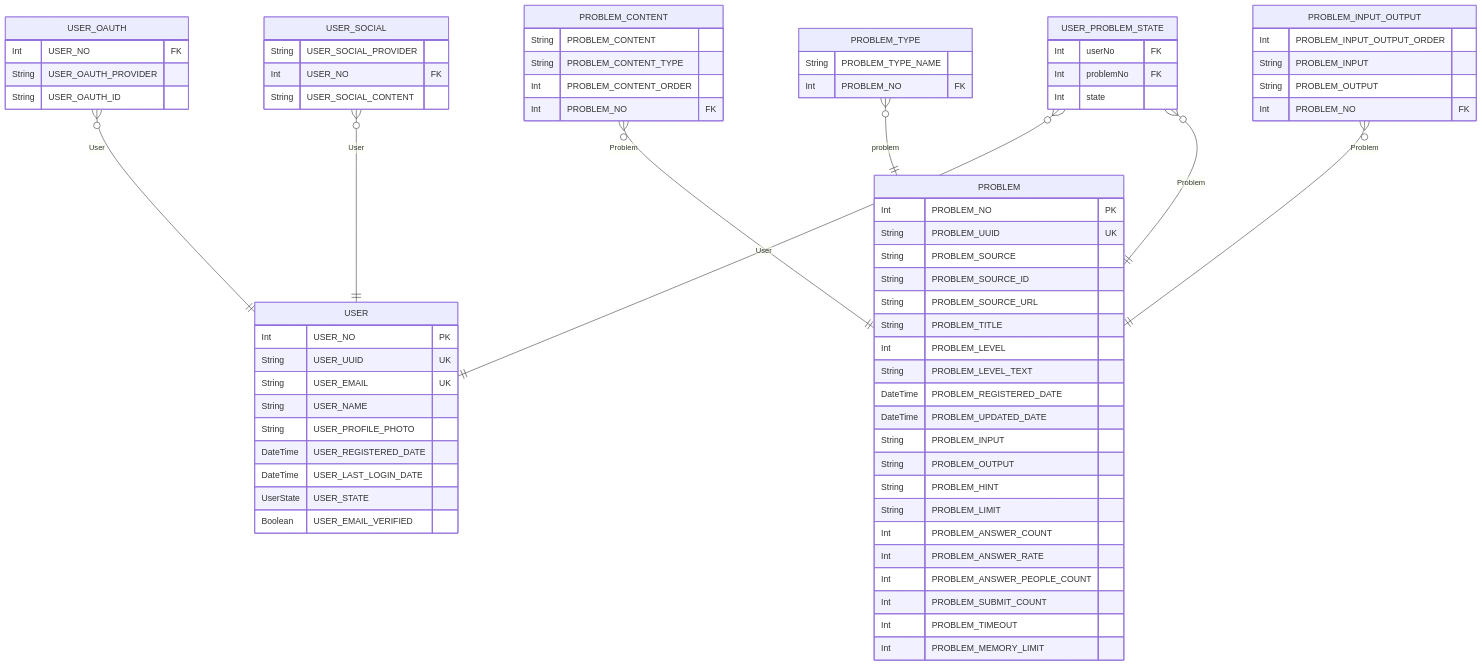
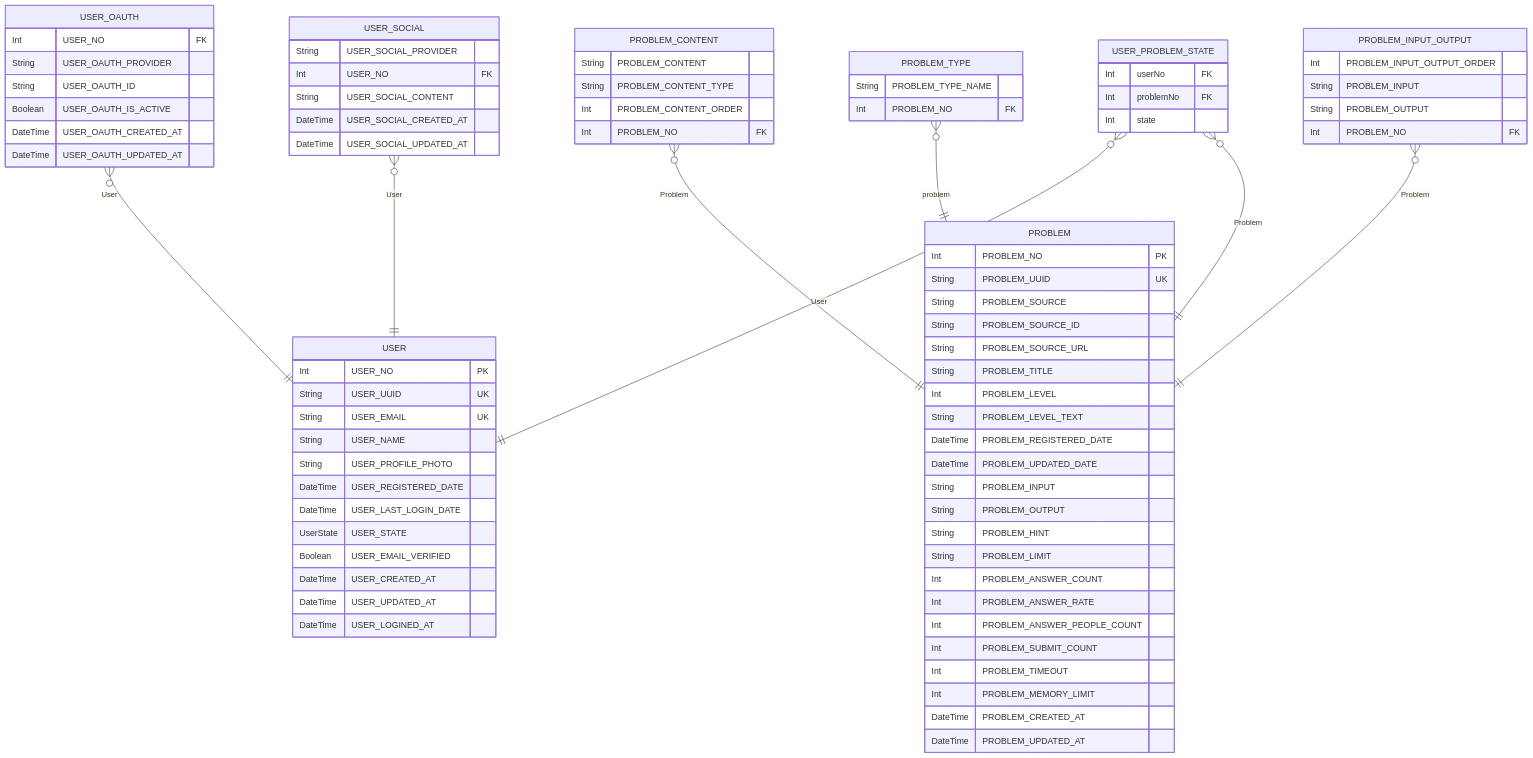
Before and after one commit to asdasfafsf/Algogo: the diagram in libs/prisma/ERD.md, drawn with Mermaid. The commit also changed other lines of this file and 10 other files, not shown here.

```diff
--- a/libs/prisma/ERD.md
+++ b/libs/prisma/ERD.md
@@ -16,16 +16,24 @@
   DateTime USER_LAST_LOGIN_DATE
   UserState USER_STATE
   Boolean USER_EMAIL_VERIFIED
+  DateTime USER_CREATED_AT
+  DateTime USER_UPDATED_AT
+  DateTime USER_LOGINED_AT
 }
 "USER_OAUTH" {
   Int USER_NO FK
   String USER_OAUTH_PROVIDER
   String USER_OAUTH_ID
+  Boolean USER_OAUTH_IS_ACTIVE
+  DateTime USER_OAUTH_CREATED_AT
+  DateTime USER_OAUTH_UPDATED_AT
 }
 "USER_SOCIAL" {
   String USER_SOCIAL_PROVIDER
   Int USER_NO FK
   String USER_SOCIAL_CONTENT
+  DateTime USER_SOCIAL_CREATED_AT
+  DateTime USER_SOCIAL_UPDATED_AT
 }
 "PROBLEM" {
   Int PROBLEM_NO PK
@@ -48,6 +56,8 @@
   Int PROBLEM_SUBMIT_COUNT
   Int PROBLEM_TIMEOUT
   Int PROBLEM_MEMORY_LIMIT
+  DateTime PROBLEM_CREATED_AT
+  DateTime PROBLEM_UPDATED_AT
 }
 "PROBLEM_CONTENT" {
   String PROBLEM_CONTENT
```
